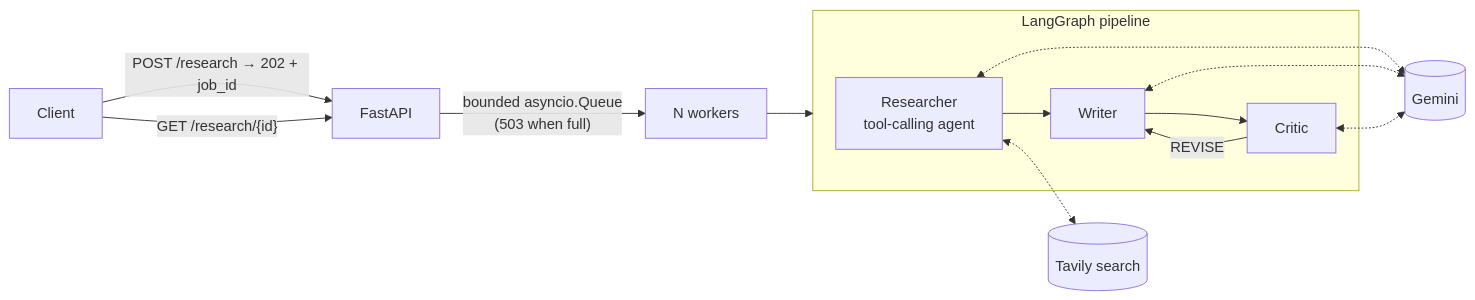
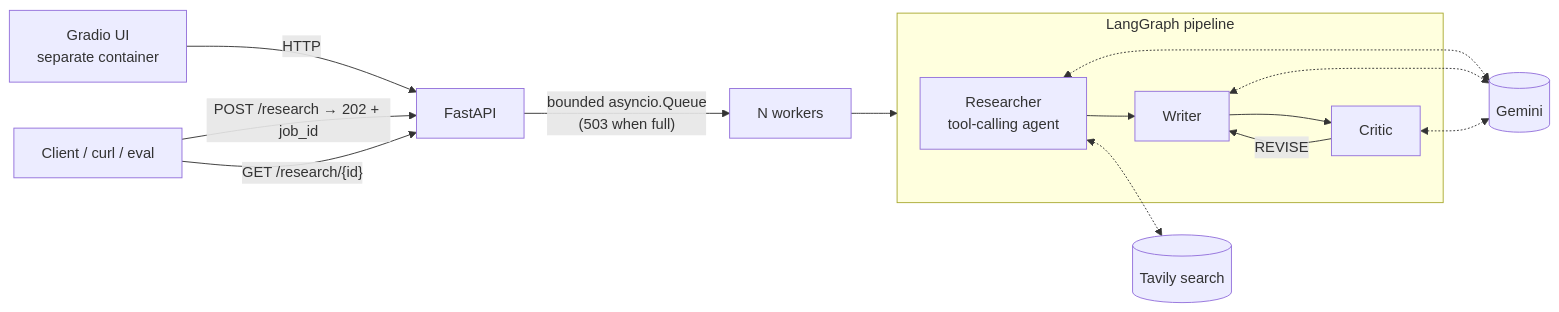
Before and after one commit to szuhunghsiao/multi-agent-research-assistant: the diagram in README.md, drawn with Mermaid. The commit also changed other lines of this file and 3 other files, not shown here.

Commit message:
Run the UI as its own container (no API keys) behind compose; README: UI quick start

````diff
--- a/README.md
+++ b/README.md
@@ -11,15 +11,16 @@
 ```mermaid
 flowchart LR
-    C[Client] -- "POST /research → 202 + job_id" --> API[FastAPI]
+    U[Gradio UI<br/>separate container] -- HTTP --> API
+    C[Client / curl / eval] -- "POST /research → 202 + job_id" --> API[FastAPI]
     C -- "GET /research/{id}" --> API
     API -- "bounded asyncio.Queue<br/>(503 when full)" --> W[N workers]
     W --> G
 
     subgraph G[LangGraph pipeline]
         R[Researcher<br/>tool-calling agent] --> WR[Writer] --> CR[Critic]
         CR -- REVISE --> WR
     end
 
     R <-.-> T[(Tavily search)]
     R & WR & CR <-.-> GM[(Gemini)]
 ```
````
